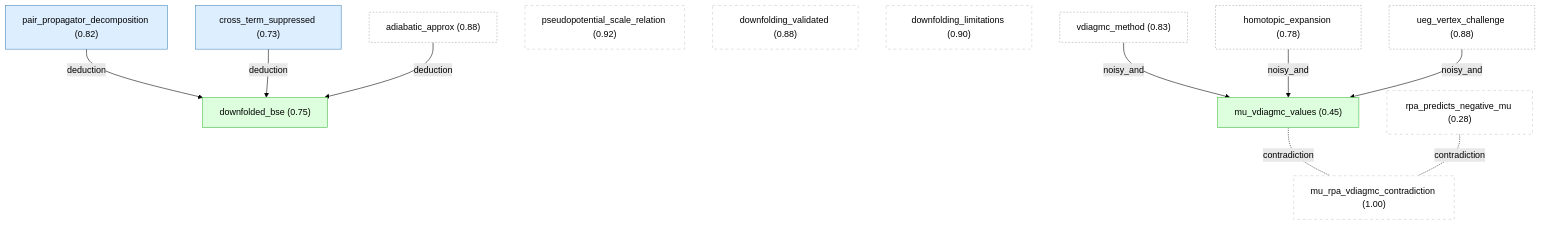
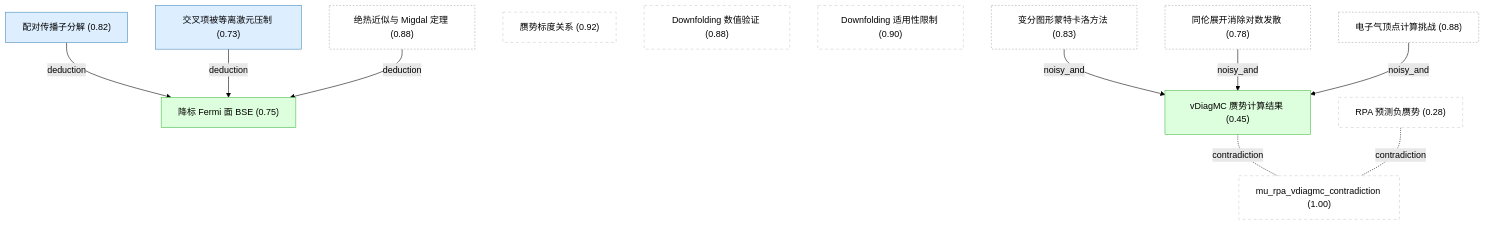
Before and after one commit to kunyuan/SuperconductivityElectronLiquids.gaia: the third of 6 diagrams in README.md, drawn with Mermaid (forest theme). The commit also changed other lines of this file and 7 other files, not shown here.

````diff
--- a/README.md
+++ b/README.md
@@ -92,31 +109,31 @@
 ```mermaid
 graph TD
-    adiabatic_approx["adiabatic_approx (0.88)"]:::external
-    pair_propagator_decomposition["pair_propagator_decomposition (0.82)"]:::premise
-    cross_term_suppressed["cross_term_suppressed (0.73)"]:::premise
-    downfolded_bse["downfolded_bse (0.75)"]:::derived
-    pseudopotential_scale_relation["pseudopotential_scale_relation (0.92)"]:::orphan
-    mu_vdiagmc_values["mu_vdiagmc_values (0.45)"]:::derived
-    rpa_predicts_negative_mu["rpa_predicts_negative_mu (0.28)"]:::orphan
-    downfolding_validated["downfolding_validated (0.88)"]:::orphan
-    downfolding_limitations["downfolding_limitations (0.90)"]:::orphan
+    adiabatic_approx["绝热近似与 Migdal 定理 (0.88)"]:::external
+    pair_propagator_decomposition["配对传播子分解 (0.82)"]:::premise
+    cross_term_suppressed["交叉项被等离激元压制 (0.73)"]:::premise
+    downfolded_bse["降标 Fermi 面 BSE (0.75)"]:::derived
+    pseudopotential_scale_relation["赝势标度关系 (0.92)"]:::orphan
+    mu_vdiagmc_values["vDiagMC 赝势计算结果 (0.45)"]:::derived
+    rpa_predicts_negative_mu["RPA 预测负赝势 (0.28)"]:::orphan
+    downfolding_validated["Downfolding 数值验证 (0.88)"]:::orphan
+    downfolding_limitations["Downfolding 适用性限制 (0.90)"]:::orphan
     mu_rpa_vdiagmc_contradiction["mu_rpa_vdiagmc_contradiction (1.00)"]:::orphan
-    ueg_vertex_challenge["ueg_vertex_challenge (0.88)"]:::external
-    homotopic_expansion["homotopic_expansion (0.78)"]:::external
-    vdiagmc_method["vdiagmc_method (0.83)"]:::external
+    ueg_vertex_challenge["电子气顶点计算挑战 (0.88)"]:::external
+    homotopic_expansion["同伦展开消除对数发散 (0.78)"]:::external
+    vdiagmc_method["变分图形蒙特卡洛方法 (0.83)"]:::external
     pair_propagator_decomposition -->|deduction| downfolded_bse
     cross_term_suppressed -->|deduction| downfolded_bse
     adiabatic_approx -->|deduction| downfolded_bse
     vdiagmc_method -->|noisy_and| mu_vdiagmc_values
     homotopic_expansion -->|noisy_and| mu_vdiagmc_values
     ueg_vertex_challenge -->|noisy_and| mu_vdiagmc_values
     mu_vdiagmc_values -.-|contradiction| mu_rpa_vdiagmc_contradiction
     rpa_predicts_negative_mu -.-|contradiction| mu_rpa_vdiagmc_contradiction
 
     classDef setting fill:#f0f0f0,stroke:#999
     classDef premise fill:#ddeeff,stroke:#4488bb
     classDef derived fill:#ddffdd,stroke:#44bb44
     classDef question fill:#fff3dd,stroke:#cc9944
     classDef orphan fill:#fff,stroke:#ccc,stroke-dasharray: 5 5
     classDef external fill:#fff,stroke:#aaa,stroke-dasharray: 3 3
 ```
````
